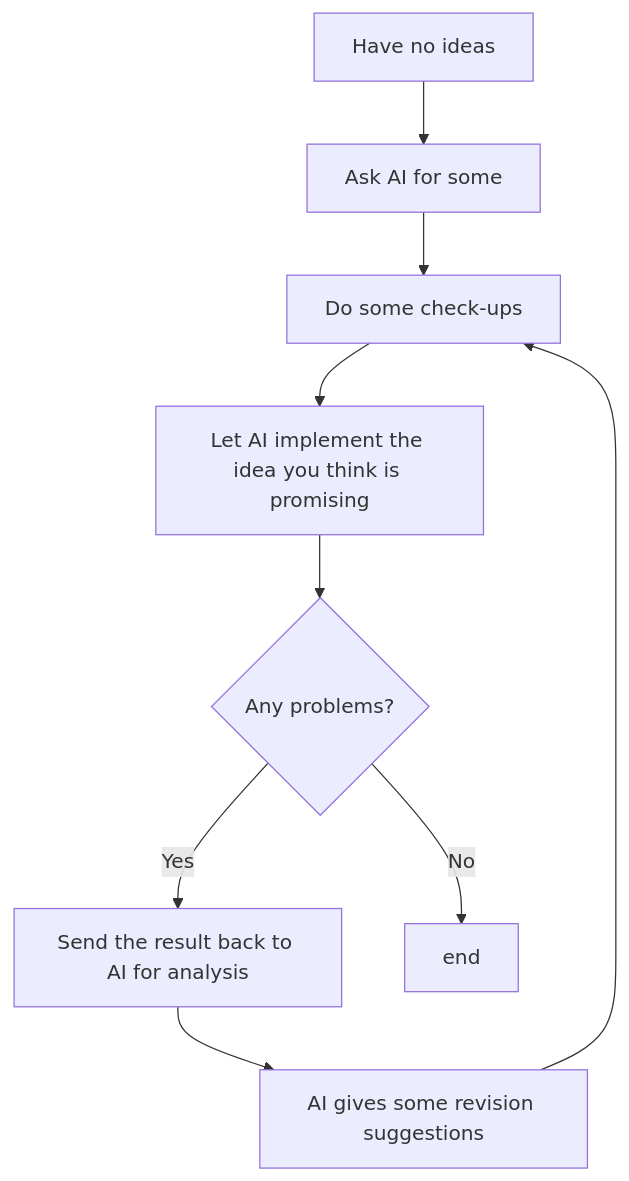
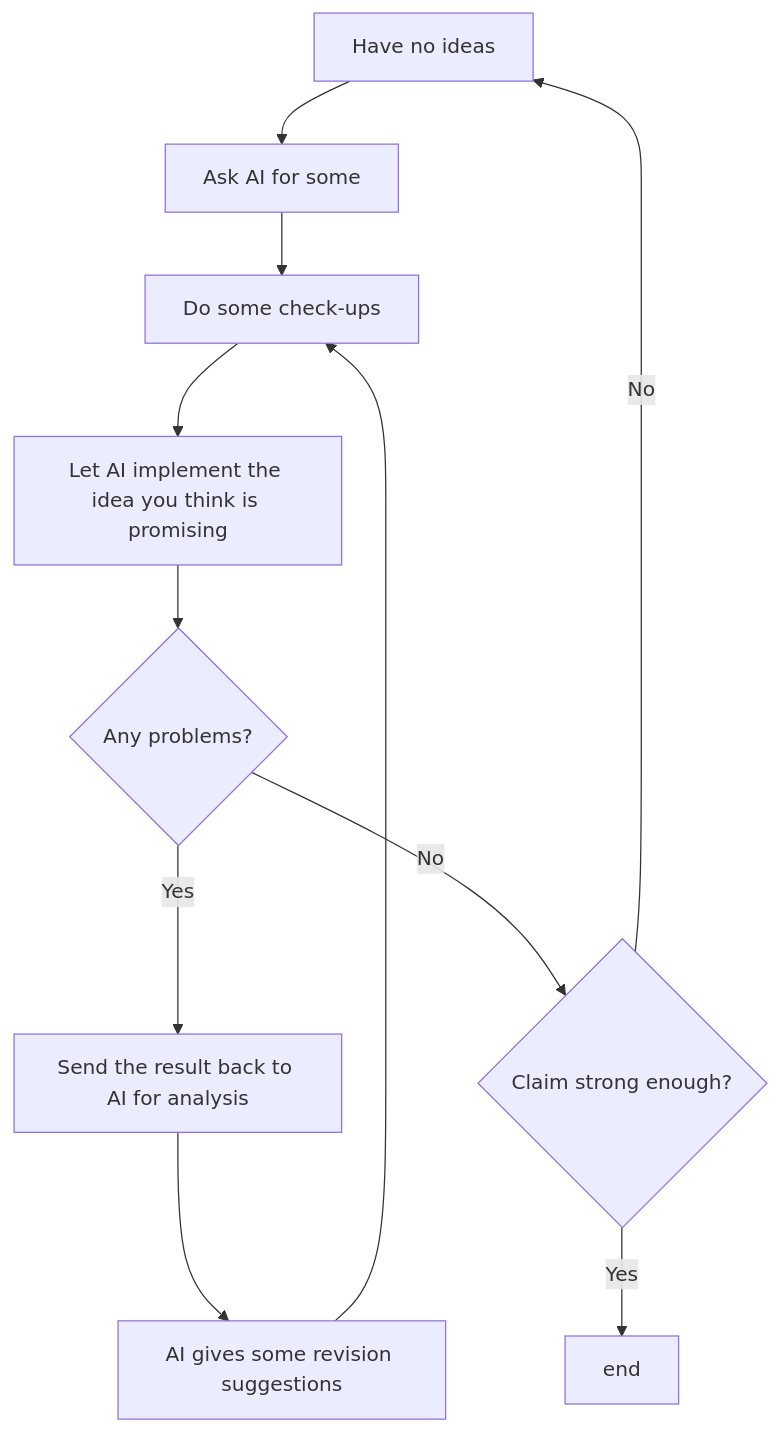
One commit to Alicia24012867/Alicia24012867.github.io changed the diagram in content/blog/thoughts_on_ai.md. Above: the diagram before and after it, drawn with Mermaid. The commit also changed other lines of this file and 1 other file, not shown here.

Commit message:
fix some typo & add a figure

````diff
--- a/content/blog/thoughts_on_ai.md
+++ b/content/blog/thoughts_on_ai.md
@@ -49,11 +49,13 @@
   ```mermaid
   flowchart TD
   A[Have no ideas] --> B[Ask AI for some]
   B --> C[Do some check-ups]
   C --> D[Let AI implement the idea you think is promising]
   D --> E{Any problems?}
   E -- Yes --> F[Send the result back to AI for analysis]
-  E -- No --> G[end]
-  F --> H[AI gives some revision suggestions]
-  H --> C
+  E -- No --> G{Claim strong enough?}
+  G -- Yes --> H[end]
+  G -- No --> A
+  F --> I[AI gives some revision suggestions]
+  I --> C
   ```
````
